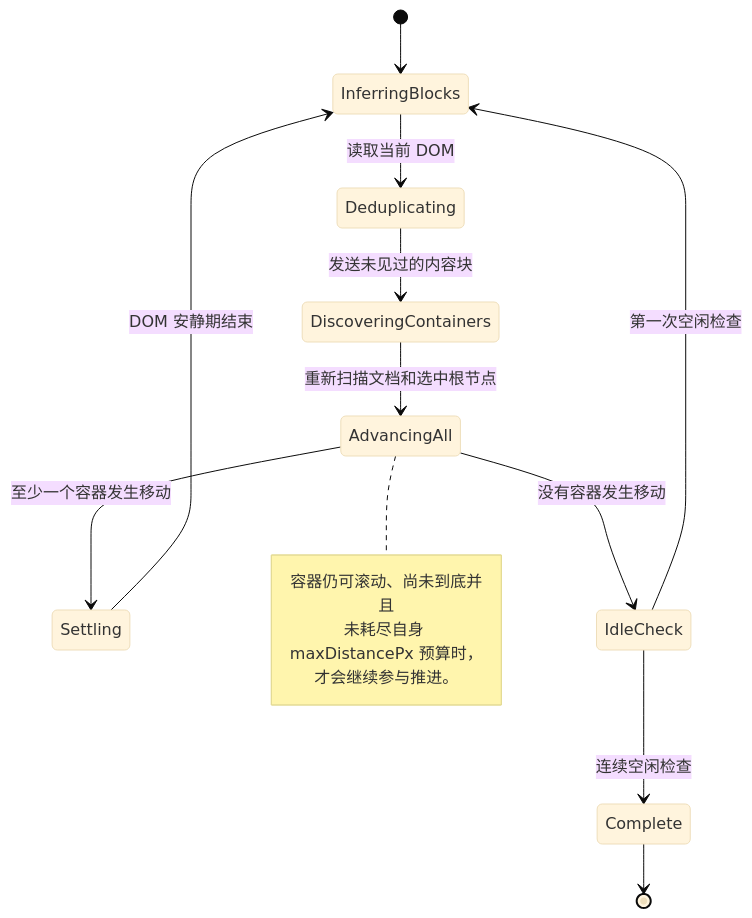
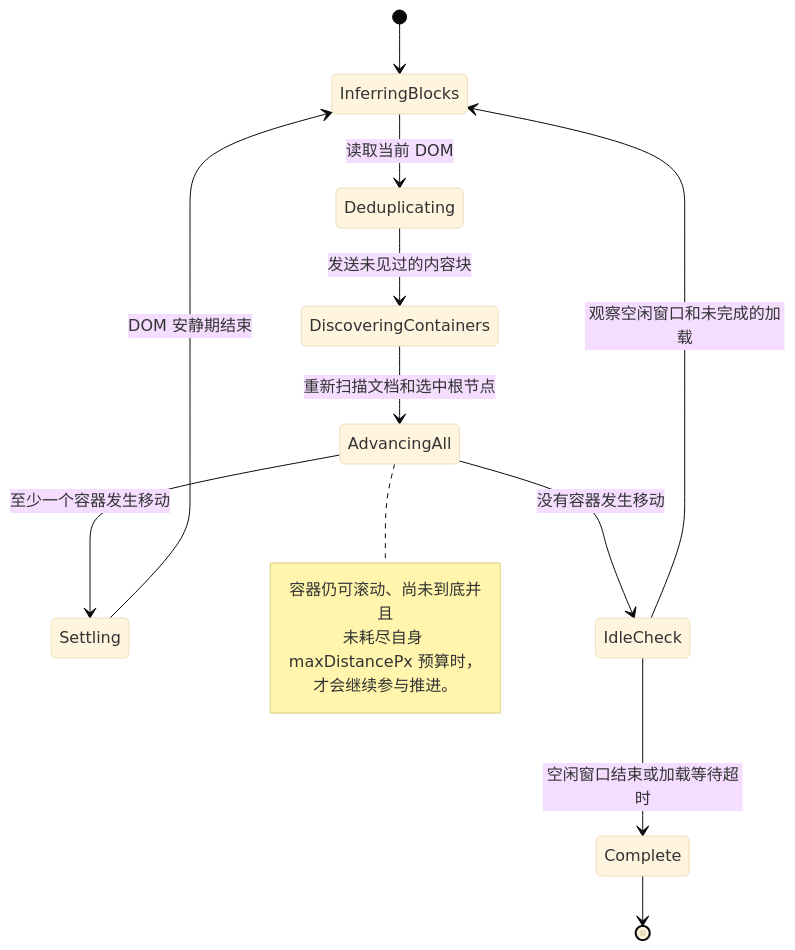
Before and after one commit to Joey-Kot/Browser-Extractor: the fourth of 5 diagrams in README_ZH.md, drawn with Mermaid (base theme). The commit also changed other lines of this file and 22 other files, not shown here.

````diff
--- a/README_ZH.md
+++ b/README_ZH.md
@@ -201,20 +202,20 @@
 ```mermaid
 stateDiagram-v2
     [*] --> InferringBlocks
     InferringBlocks --> Deduplicating: 读取当前 DOM
     Deduplicating --> DiscoveringContainers: 发送未见过的内容块
     DiscoveringContainers --> AdvancingAll: 重新扫描文档和选中根节点
     AdvancingAll --> Settling: 至少一个容器发生移动
     Settling --> InferringBlocks: DOM 安静期结束
     AdvancingAll --> IdleCheck: 没有容器发生移动
-    IdleCheck --> InferringBlocks: 第一次空闲检查
-    IdleCheck --> Complete: 连续空闲检查
+    IdleCheck --> InferringBlocks: 观察空闲窗口和未完成的加载
+    IdleCheck --> Complete: 空闲窗口结束或加载等待超时
 
     note right of AdvancingAll
         容器仍可滚动、尚未到底并且
         未耗尽自身 maxDistancePx 预算时，
         才会继续参与推进。
     end note
 
     Complete --> [*]
 ```
````
